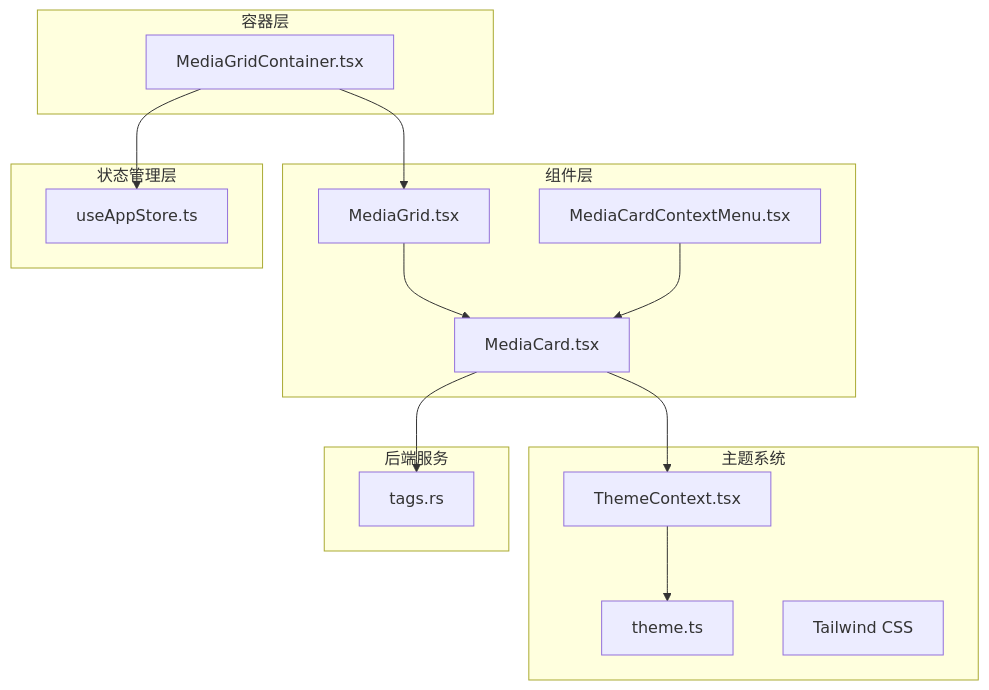
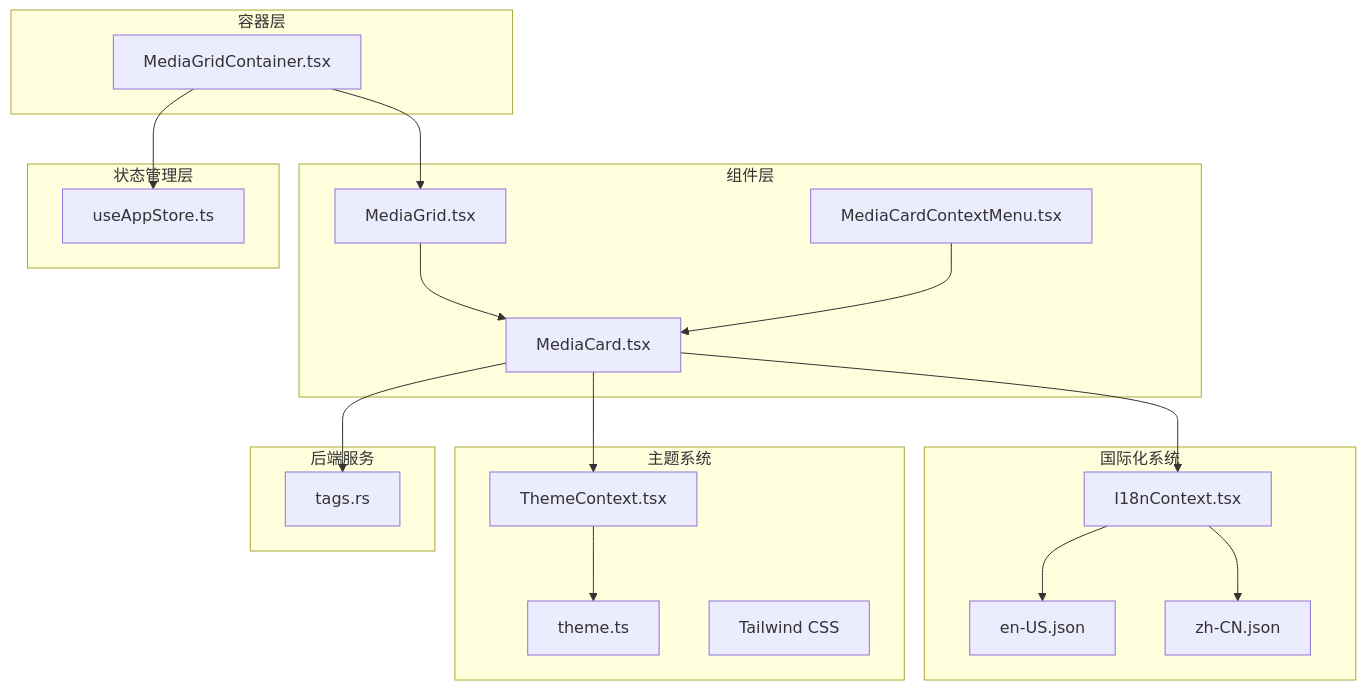
Before and after one commit to YLee9527/Medex: the first of 8 diagrams in repowiki/zh/content/UI 组件/核心组件/MediaCard 媒体卡片组件.md, drawn with Mermaid. The commit also changed other lines of this file and 13 other files, not shown here.

````diff
--- a/repowiki/zh/content/UI 组件/核心组件/MediaCard 媒体卡片组件.md
+++ b/repowiki/zh/content/UI 组件/核心组件/MediaCard 媒体卡片组件.md
@@ -38,29 +43,37 @@
 ```mermaid
 graph TB
 subgraph "组件层"
 MediaCard[MediaCard.tsx]
 MediaCardContextMenu[MediaCardContextMenu.tsx]
 MediaGrid[MediaGrid.tsx]
 end
 subgraph "容器层"
 MediaGridContainer[MediaGridContainer.tsx]
 end
 subgraph "状态管理层"
 useAppStore[useAppStore.ts]
+end
+subgraph "国际化系统"
+I18nContext[I18nContext.tsx]
+enUS[en-US.json]
+zhCN[zh-CN.json]
 end
 subgraph "主题系统"
 ThemeContext[ThemeContext.tsx]
 theme[theme.ts]
 tailwind[Tailwind CSS]
 end
 subgraph "后端服务"
 tagsService[tags.rs]
 end
 MediaGridContainer --> MediaGrid
 MediaGrid --> MediaCard
 MediaCardContextMenu --> MediaCard
 MediaGridContainer --> useAppStore
 MediaCard --> ThemeContext
+MediaCard --> I18nContext
 ThemeContext --> theme
 MediaCard --> tagsService
+I18nContext --> enUS
+I18nContext --> zhCN
 ```
````
